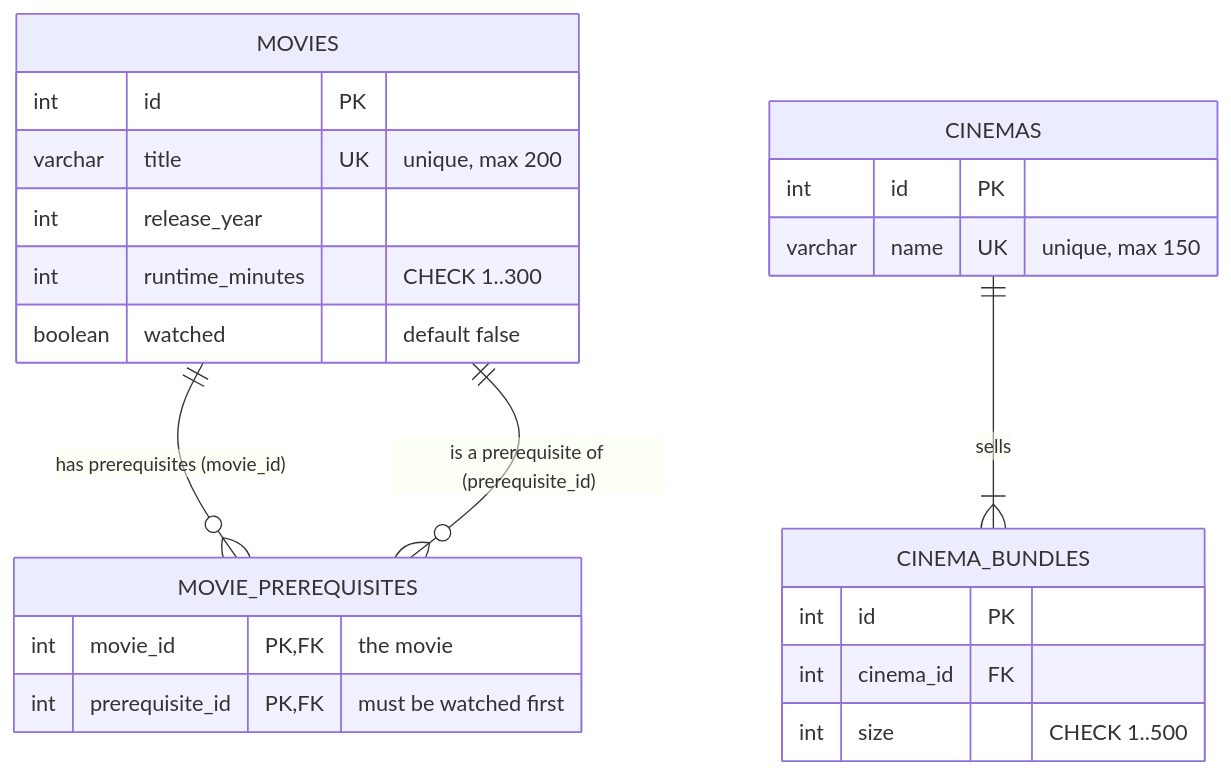
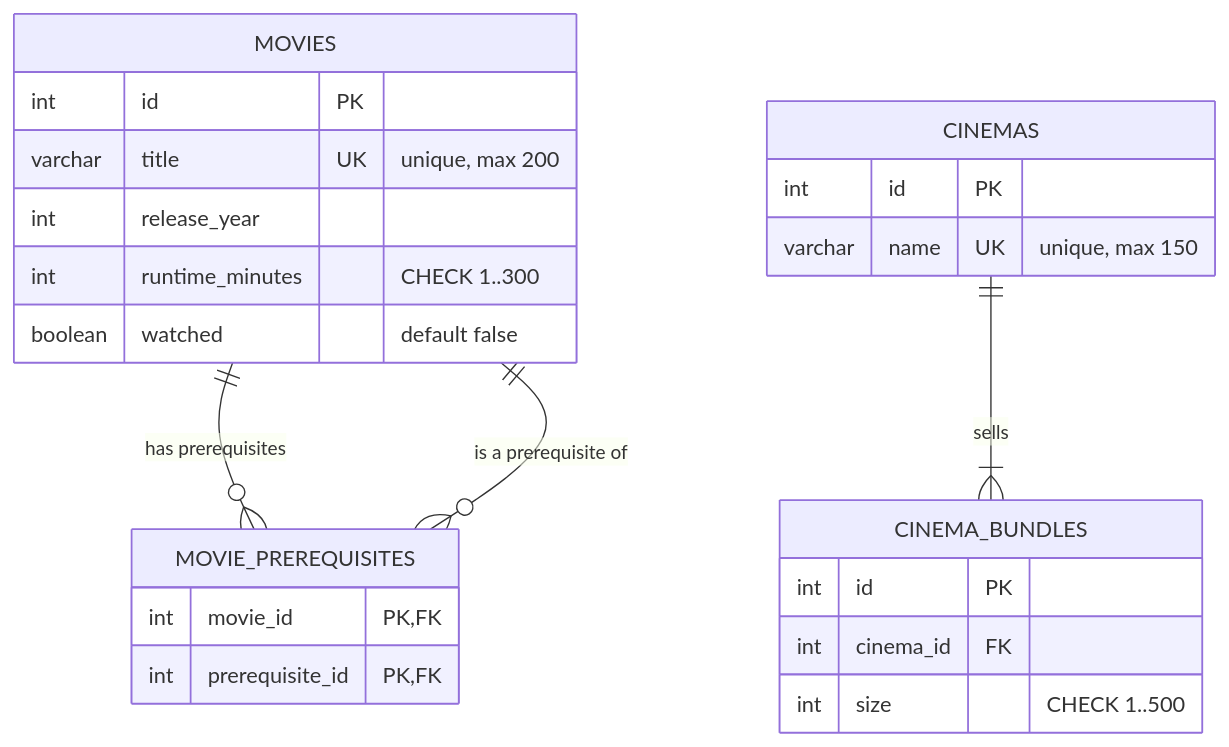
One commit to shafikulnayem10/doomsday-ready changed the second of 2 diagrams in README.md. Above: the diagram before and after it, drawn with Mermaid. The commit also changed other lines of this file, not shown here.

````diff
--- a/README.md
+++ b/README.md
@@ -120,27 +198,30 @@
 ```mermaid
 erDiagram
     MOVIES {
         int id PK
         varchar title UK "unique, max 200"
         int release_year
         int runtime_minutes "CHECK 1..300"
         boolean watched "default false"
     }
+
     MOVIE_PREREQUISITES {
-        int movie_id PK, FK "the movie"
-        int prerequisite_id PK, FK "must be watched first"
+        int movie_id PK, FK
+        int prerequisite_id PK, FK
     }
+
     CINEMAS {
         int id PK
         varchar name UK "unique, max 150"
     }
+
     CINEMA_BUNDLES {
         int id PK
         int cinema_id FK
         int size "CHECK 1..500"
     }
 
-    MOVIES ||--o{ MOVIE_PREREQUISITES : "has prerequisites (movie_id)"
-    MOVIES ||--o{ MOVIE_PREREQUISITES : "is a prerequisite of (prerequisite_id)"
-    CINEMAS ||--|{ CINEMA_BUNDLES : sells
+    MOVIES ||--o{ MOVIE_PREREQUISITES : "has prerequisites"
+    MOVIES ||--o{ MOVIE_PREREQUISITES : "is a prerequisite of"
+    CINEMAS ||--|{ CINEMA_BUNDLES : "sells"
 ```
````
